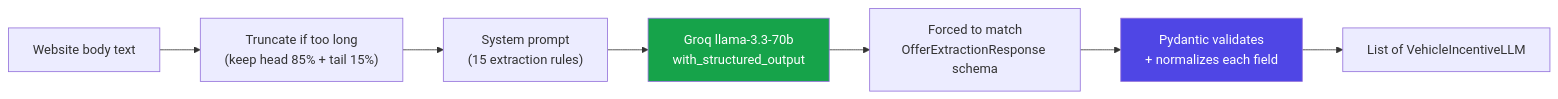
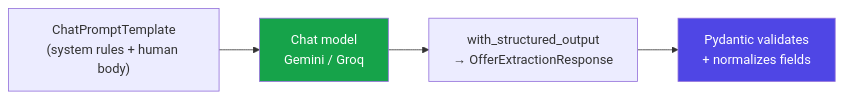
One commit to manoharkurukuri/vehicle-offers-backend changed the third of 7 diagrams in DEMO.md. Above: the diagram before and after it, drawn with Mermaid. The commit also changed other lines of this file and 6 other files, not shown here.

Commit message:
feat: integrate Google Gemini LLM for offer extraction and update configuration and changed groq to fallback model

````diff
--- a/DEMO.md
+++ b/DEMO.md
@@ -204,12 +137,9 @@
 ```mermaid
 flowchart LR
-    Body["Website body text"] --> Trunc["Truncate if too long<br/>(keep head 85% + tail 15%)"]
-    Trunc --> Prompt["System prompt<br/>(15 extraction rules)"]
-    Prompt --> Groq["Groq llama-3.3-70b<br/>with_structured_output"]
-    Groq --> Schema["Forced to match<br/>OfferExtractionResponse schema"]
-    Schema --> Valid["Pydantic validates<br/>+ normalizes each field"]
-    Valid --> Offers["List of VehicleIncentiveLLM"]
+    Prompt["ChatPromptTemplate<br/>(system rules + human body)"] --> Model["Chat model<br/>Gemini / Groq"]
+    Model --> Struct["with_structured_output<br/>→ OfferExtractionResponse"]
+    Struct --> Valid["Pydantic validates<br/>+ normalizes fields"]
 
-    style Groq fill:#16a34a,color:#fff
+    style Model fill:#16a34a,color:#fff
     style Valid fill:#4f46e5,color:#fff
 ```
````
